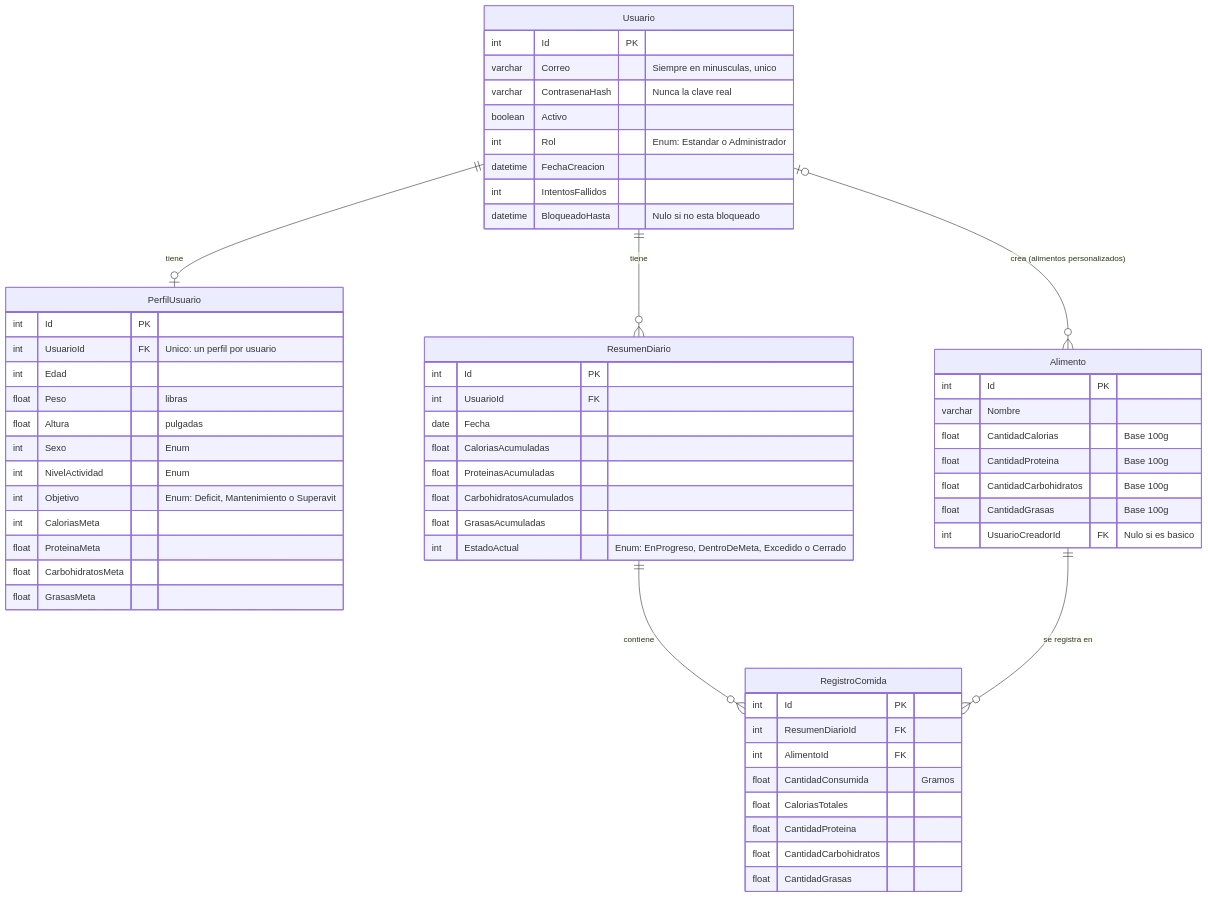
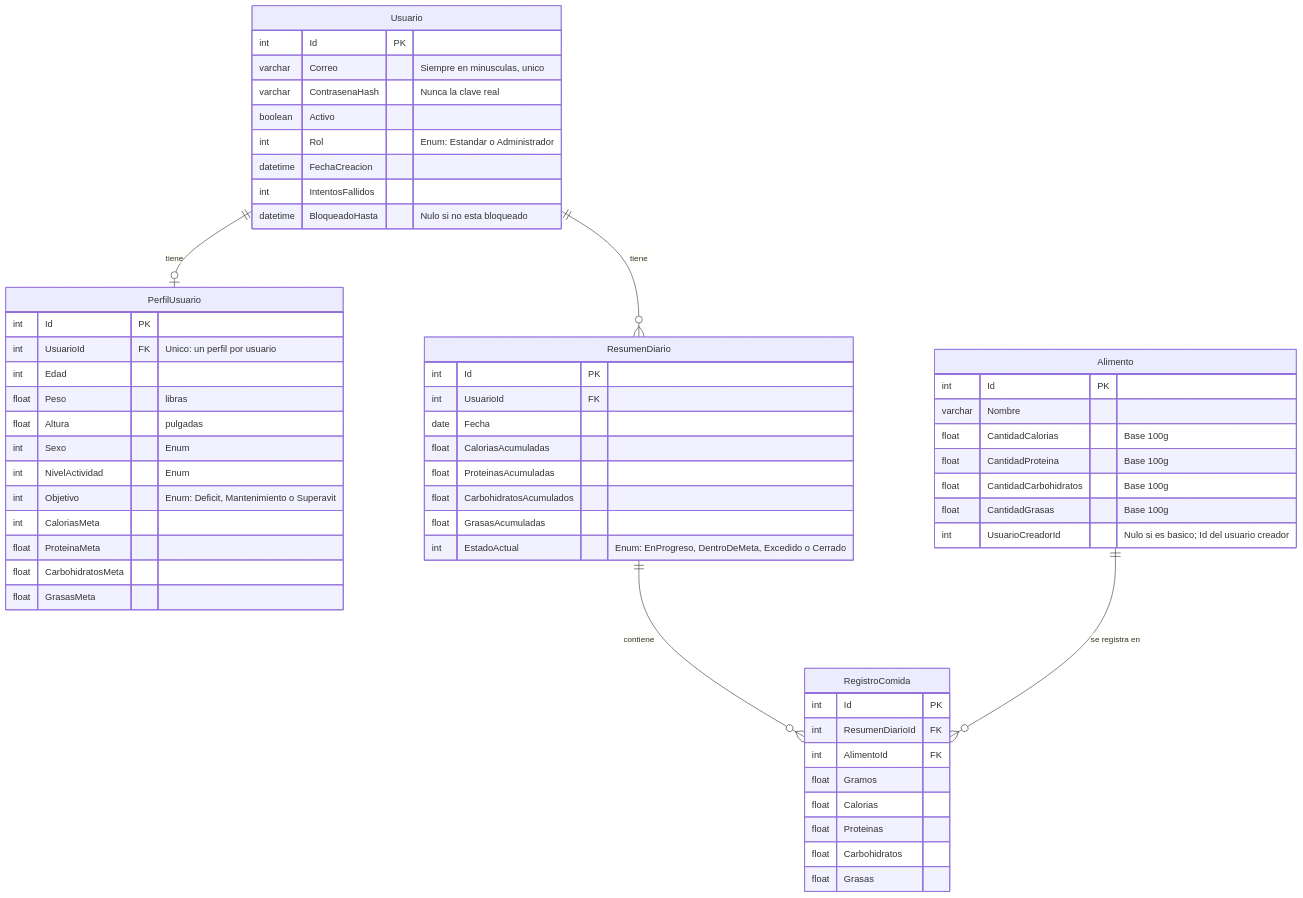
The third of 3 diagrams in README.md (carlosgabrielcastellanossuriel-lgtm/FitTrack), drawn with Mermaid before and after one commit. The commit also changed other lines of this file and 7 other files, not shown here.

````diff
--- a/README.md
+++ b/README.md
@@ -401,67 +402,66 @@
 ```mermaid
 erDiagram
     Usuario {
         int Id PK
         varchar Correo "Siempre en minusculas, unico"
         varchar ContrasenaHash "Nunca la clave real"
         boolean Activo
         int Rol "Enum: Estandar o Administrador"
         datetime FechaCreacion
         int IntentosFallidos
         datetime BloqueadoHasta "Nulo si no esta bloqueado"
     }
 
     PerfilUsuario {
         int Id PK
         int UsuarioId FK "Unico: un perfil por usuario"
         int Edad
         float Peso "libras"
         float Altura "pulgadas"
         int Sexo "Enum"
         int NivelActividad "Enum"
         int Objetivo "Enum: Deficit, Mantenimiento o Superavit"
         int CaloriasMeta
         float ProteinaMeta
         float CarbohidratosMeta
         float GrasasMeta
     }
 
     Alimento {
         int Id PK
         varchar Nombre
         float CantidadCalorias "Base 100g"
         float CantidadProteina "Base 100g"
         float CantidadCarbohidratos "Base 100g"
         float CantidadGrasas "Base 100g"
-        int UsuarioCreadorId FK "Nulo si es basico"
+        int UsuarioCreadorId "Nulo si es basico; Id del usuario creador"
     }
 
     ResumenDiario {
         int Id PK
         int UsuarioId FK
         date Fecha
         float CaloriasAcumuladas
         float ProteinasAcumuladas
         float CarbohidratosAcumulados
         float GrasasAcumuladas
         int EstadoActual "Enum: EnProgreso, DentroDeMeta, Excedido o Cerrado"
     }
 
     RegistroComida {
         int Id PK
         int ResumenDiarioId FK
         int AlimentoId FK
-        float CantidadConsumida "Gramos"
-        float CaloriasTotales
-        float CantidadProteina
-        float CantidadCarbohidratos
-        float CantidadGrasas
+        float Gramos
+        float Calorias
+        float Proteinas
+        float Carbohidratos
+        float Grasas
     }
 
     %% Relaciones
     Usuario ||--o| PerfilUsuario : "tiene"
-    Usuario |o--o{ Alimento : "crea (alimentos personalizados)"
     Usuario ||--o{ ResumenDiario : "tiene"
     ResumenDiario ||--o{ RegistroComida : "contiene"
     Alimento ||--o{ RegistroComida : "se registra en"
 ```
````
